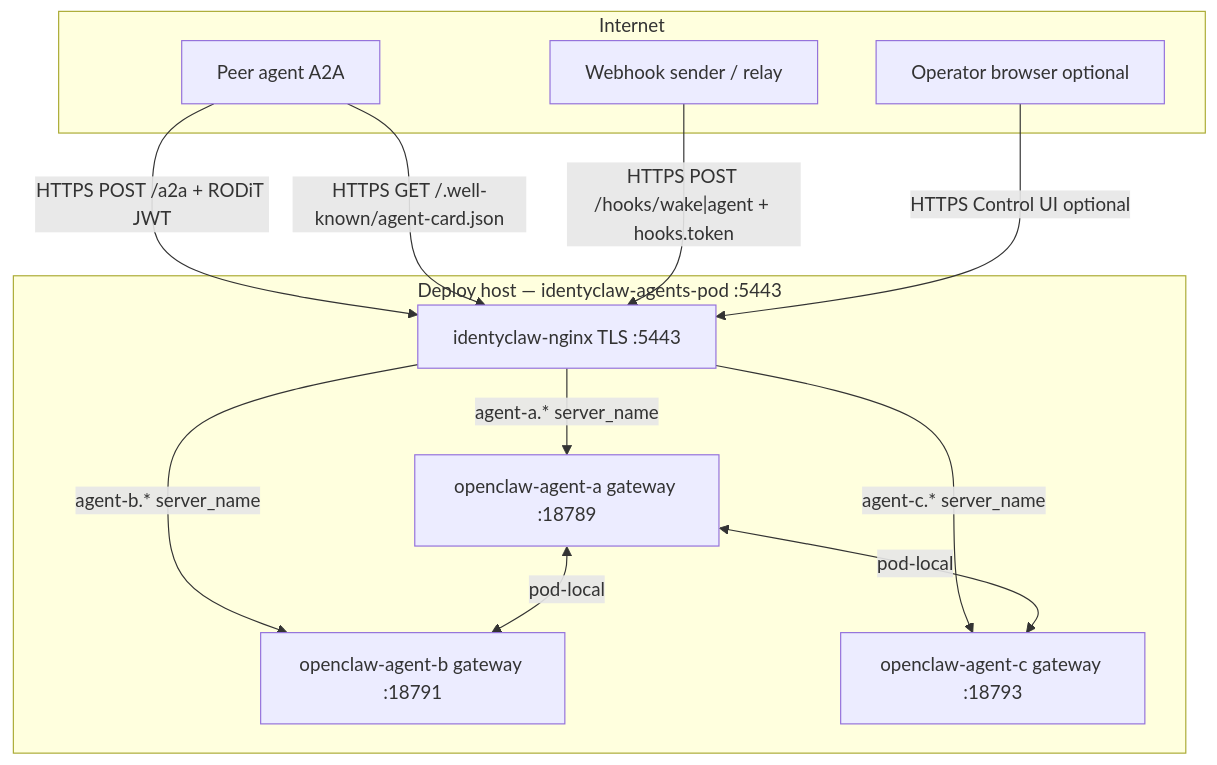
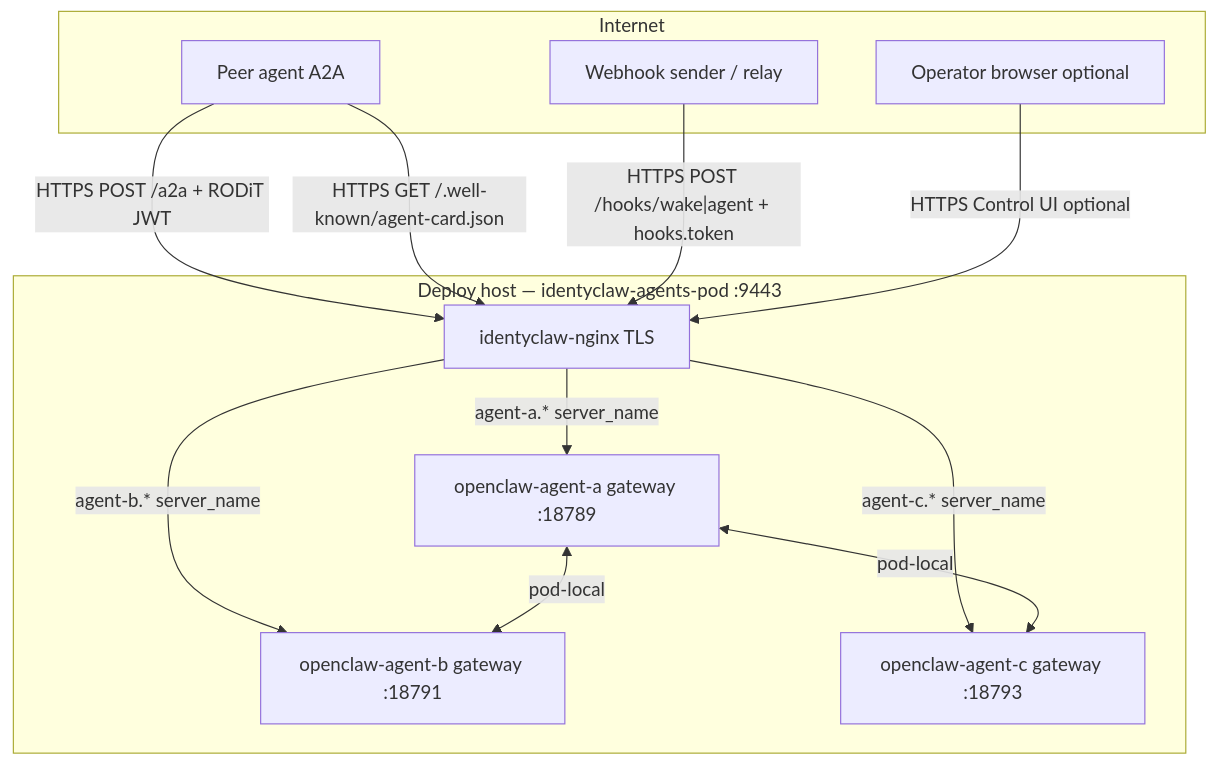
One commit to discernible-io/openclaw-agents changed the first of 3 diagrams in security-compliance-improvements.md. Above: the diagram before and after it, drawn with Mermaid. The commit also changed other lines of this file and 9 other files, not shown here.

````diff
--- a/security-compliance-improvements.md
+++ b/security-compliance-improvements.md
@@ -61,25 +62,25 @@
 ```mermaid
 flowchart TB
   subgraph internet [Internet]
     PEER[Peer agent A2A]
     WH[Webhook sender / relay]
     OP[Operator browser optional]
   end
 
-  subgraph host [Deploy host — identyclaw-agents-pod :5443]
-    NGX[identyclaw-nginx TLS :5443]
+  subgraph host [Deploy host — identyclaw-agents-pod :9443]
+    NGX[identyclaw-nginx TLS]
     A[openclaw-agent-a gateway :18789]
     B[openclaw-agent-b gateway :18791]
     C[openclaw-agent-c gateway :18793]
     NGX -->|agent-a.* server_name| A
     NGX -->|agent-b.* server_name| B
     NGX -->|agent-c.* server_name| C
   end
 
   PEER -->|"HTTPS POST /a2a + RODiT JWT"| NGX
   PEER -->|"HTTPS GET /.well-known/agent-card.json"| NGX
   WH -->|"HTTPS POST /hooks/wake|agent + hooks.token"| NGX
   OP -->|HTTPS Control UI optional| NGX
   A <-->|pod-local| B
   A <-->|pod-local| C
 ```
````
